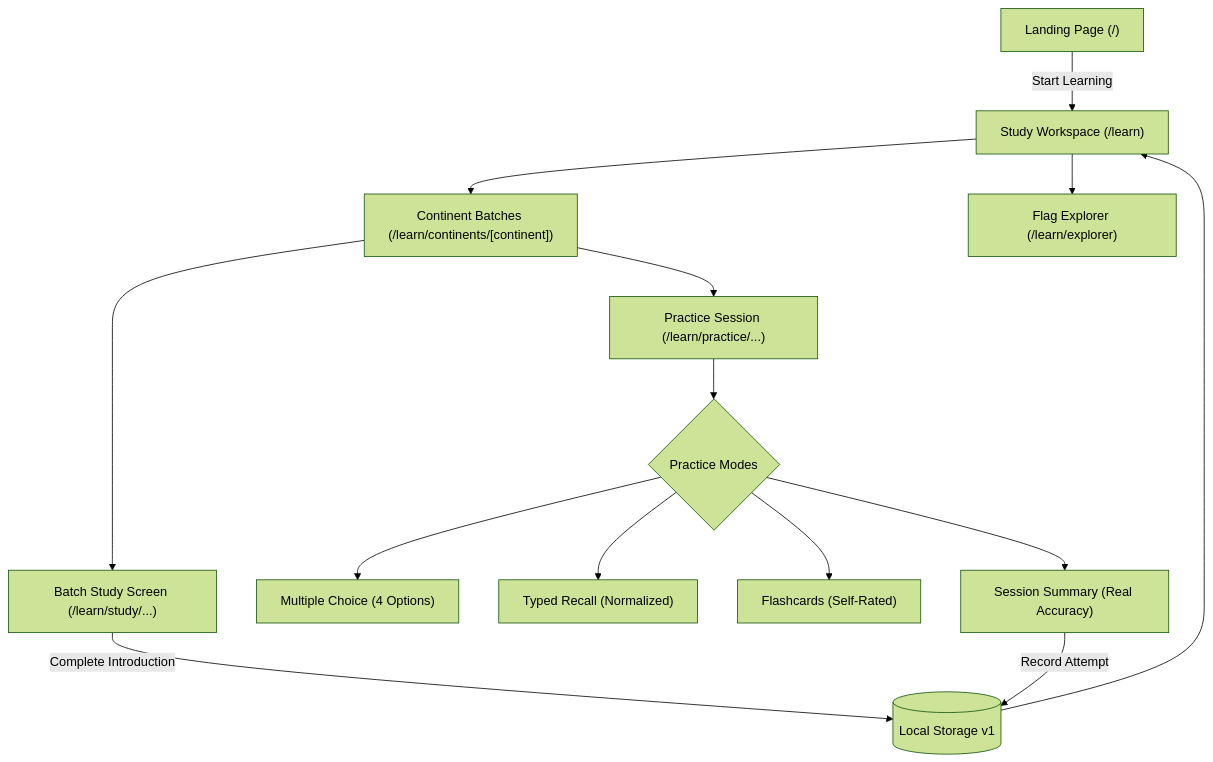
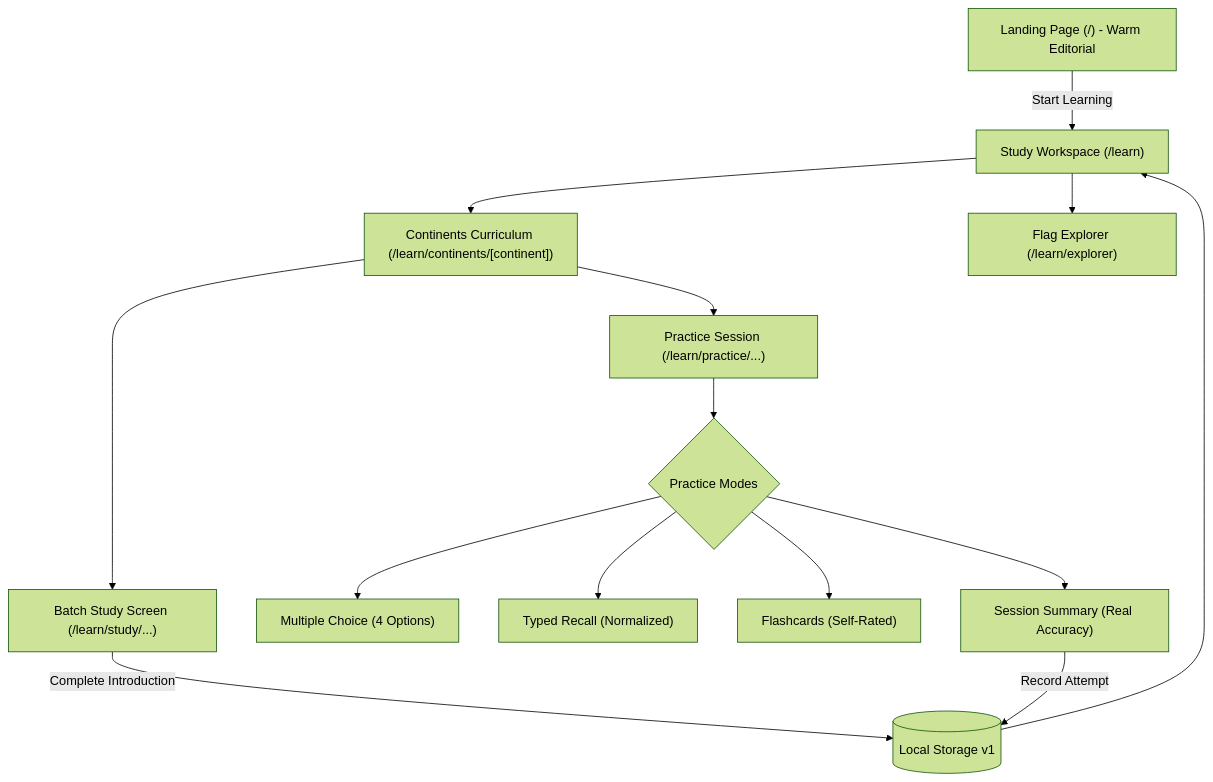
Before and after one commit to Shavacchenna03/World-flags-memorization: the diagram in track.md, drawn with Mermaid (forest theme). The commit also changed other lines of this file and 17 other files, not shown here.

````diff
--- a/track.md
+++ b/track.md
@@ -71,19 +71,19 @@
 ```mermaid
 flowchart TD
-    LAND["Landing Page (/)"] -->|Start Learning| DASH["Study Workspace (/learn)"]
-    DASH --> CONT["Continent Batches (/learn/continents/[continent])"]
+    LAND["Landing Page (/) - Warm Editorial"] -->|Start Learning| DASH["Study Workspace (/learn)"]
+    DASH --> CONT["Continents Curriculum (/learn/continents/[continent])"]
     DASH --> EXPL["Flag Explorer (/learn/explorer)"]
 
     CONT --> STUDY["Batch Study Screen (/learn/study/...)"]
     CONT --> PRAC["Practice Session (/learn/practice/...)"]
 
     STUDY -->|Complete Introduction| STOR[("Local Storage v1")]
     PRAC --> MODES{"Practice Modes"}
     MODES --> MC["Multiple Choice (4 Options)"]
     MODES --> TR["Typed Recall (Normalized)"]
     MODES --> FC["Flashcards (Self-Rated)"]
     MODES --> SUMM["Session Summary (Real Accuracy)"]
 
     SUMM -->|Record Attempt| STOR
     STOR --> DASH
 ```
````
